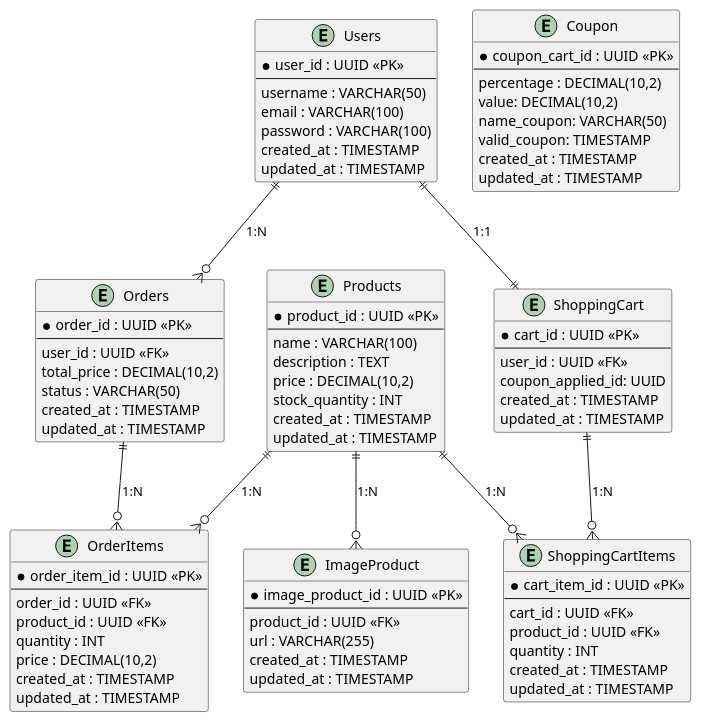
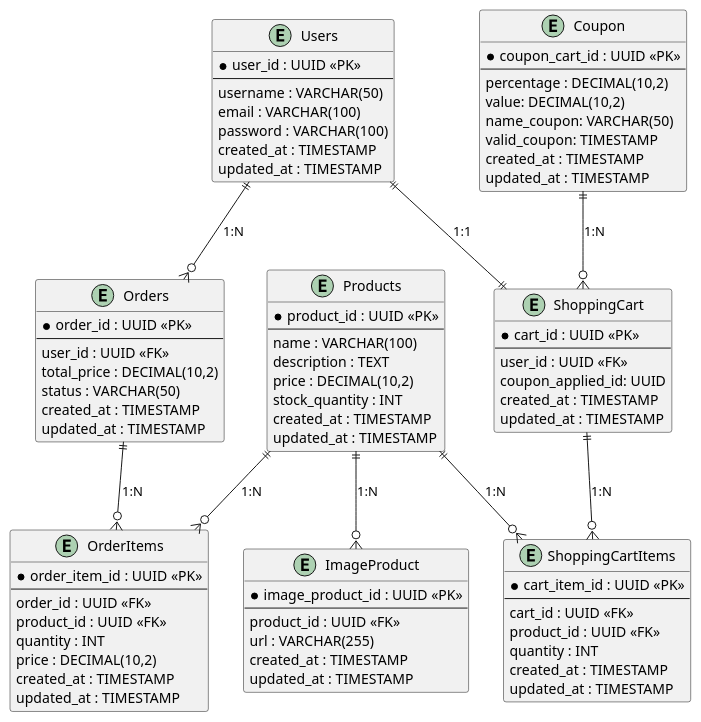
The diagram in backend-natura/db.plantuml (jnerydesigner/natura-challenge), drawn with PlantUML before and after one commit. The commit also changed 1 other file, not shown here.

Commit message:
Chore: change db diagram

```diff
--- a/backend-natura/db.plantuml
+++ b/backend-natura/db.plantuml
@@ -1,90 +1,91 @@
 @startuml Diagrama do E-commerce
 entity "Users" as Users {
     * user_id : UUID <<PK>>
     --
     username : VARCHAR(50)
     email : VARCHAR(100)
     password : VARCHAR(100)
     created_at : TIMESTAMP
     updated_at : TIMESTAMP
 }
 
 entity "Products" as Products {
     * product_id : UUID <<PK>>
     --
     name : VARCHAR(100)
     description : TEXT
     price : DECIMAL(10,2)
     stock_quantity : INT
     created_at : TIMESTAMP
     updated_at : TIMESTAMP
 }
 
 entity "ImageProduct" as ImageProduct {
     * image_product_id : UUID <<PK>>
     --
     product_id : UUID <<FK>>
     url : VARCHAR(255)
     created_at : TIMESTAMP
     updated_at : TIMESTAMP
 }
 
 entity "Orders" as Orders {
     * order_id : UUID <<PK>>
     --
     user_id : UUID <<FK>>
     total_price : DECIMAL(10,2)
     status : VARCHAR(50)
     created_at : TIMESTAMP
     updated_at : TIMESTAMP
 }
 
 entity "OrderItems" as OrderItems {
     * order_item_id : UUID <<PK>>
     --
     order_id : UUID <<FK>>
     product_id : UUID <<FK>>
     quantity : INT
     price : DECIMAL(10,2)
     created_at : TIMESTAMP
     updated_at : TIMESTAMP
 }
 
 entity "ShoppingCart" as ShoppingCart {
     * cart_id : UUID <<PK>>
     --
     user_id : UUID <<FK>>
     coupon_applied_id: UUID
     created_at : TIMESTAMP
     updated_at : TIMESTAMP
 }
 
 entity "ShoppingCartItems" as ShoppingCartItems {
     * cart_item_id : UUID <<PK>>
     --
     cart_id : UUID <<FK>>
     product_id : UUID <<FK>>
     quantity : INT
     created_at : TIMESTAMP
     updated_at : TIMESTAMP
 }
 
 entity "Coupon" as Coupon {
     * coupon_cart_id : UUID <<PK>>
     --
     percentage : DECIMAL(10,2)
     value: DECIMAL(10,2)
     name_coupon: VARCHAR(50)
     valid_coupon: TIMESTAMP
     created_at : TIMESTAMP
     updated_at : TIMESTAMP
 }
 
 Users ||--o{ Orders : "1:N"
 Orders ||--o{ OrderItems : "1:N"
 Products ||--o{ OrderItems : "1:N"
 Users ||--|| ShoppingCart : "1:1"
 ShoppingCart ||--o{ ShoppingCartItems : "1:N"
 Products ||--o{ ShoppingCartItems : "1:N"
 Products ||--o{ ImageProduct : "1:N"
+Coupon ||--o{ ShoppingCart : "1:N"
 @enduml
```
